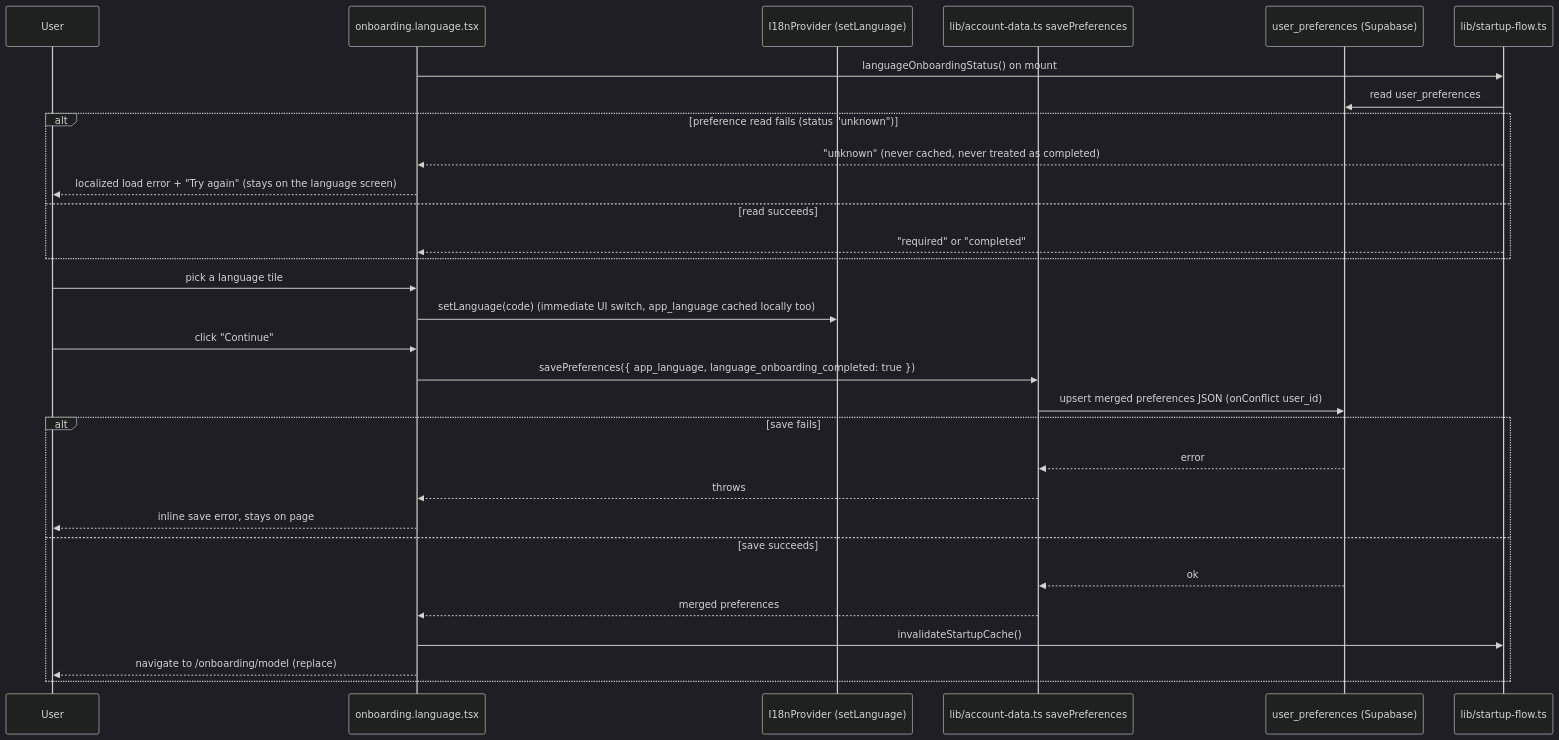
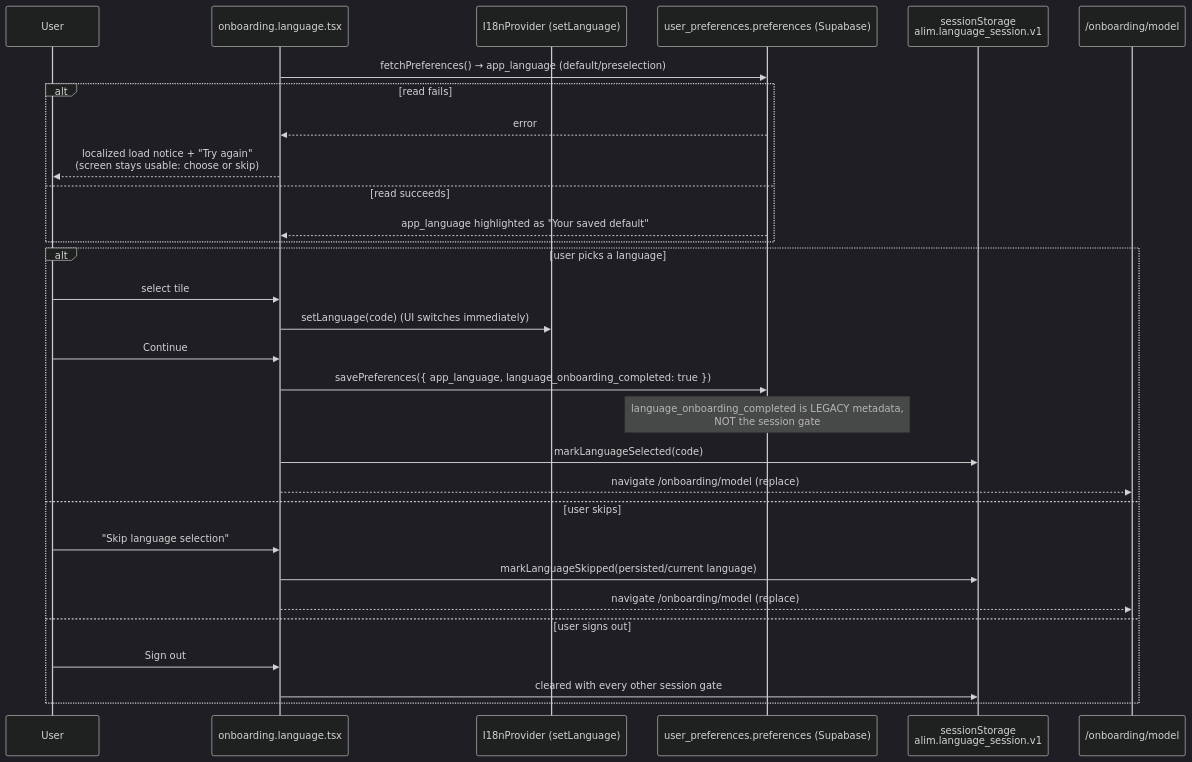
One commit to keyshavmor/study-swiss-star changed the diagram in docs/sequences/LANGUAGE_ONBOARDING.mmd. Above: the diagram before and after it, drawn with Mermaid (dark theme). The commit also changed 73 other files, not shown here.

```diff
--- a/docs/sequences/LANGUAGE_ONBOARDING.mmd
+++ b/docs/sequences/LANGUAGE_ONBOARDING.mmd
@@ -1,35 +1,36 @@
-%% Status: CURRENT FRONTEND + CURRENT SUPABASE
+%% Status: CURRENT FRONTEND + CURRENT SUPABASE (2026-09-17)
+%% The language screen is a PER-SESSION decision, not a once-only onboarding.
 %% Source: frontend/src/routes/_authenticated/onboarding.language.tsx,
-%% frontend/src/lib/account-data.ts, frontend/src/lib/startup-flow.ts
+%% frontend/src/lib/language-session.ts, frontend/src/lib/account-data.ts
 sequenceDiagram
     participant User
     participant Page as onboarding.language.tsx
     participant I18n as I18nProvider (setLanguage)
-    participant Save as lib/account-data.ts savePreferences
-    participant DB as user_preferences (Supabase)
-    participant Flow as lib/startup-flow.ts
+    participant DB as user_preferences.preferences (Supabase)
+    participant LangS as sessionStorage<br/>alim.language_session.v1
+    participant Model as /onboarding/model
 
-    Page->>Flow: languageOnboardingStatus() on mount
-    Flow->>DB: read user_preferences
-    alt preference read fails (status "unknown")
-        Flow-->>Page: "unknown" (never cached, never treated as completed)
-        Page-->>User: localized load error + "Try again" (stays on the language screen)
+    Page->>DB: fetchPreferences() → app_language (default/preselection)
+    alt read fails
+        DB-->>Page: error
+        Page-->>User: localized load notice + "Try again"<br/>(screen stays usable: choose or skip)
     else read succeeds
-        Flow-->>Page: "required" or "completed"
+        DB-->>Page: app_language highlighted as "Your saved default"
     end
 
-    User->>Page: pick a language tile
-    Page->>I18n: setLanguage(code) (immediate UI switch, app_language cached locally too)
-    User->>Page: click "Continue"
-    Page->>Save: savePreferences({ app_language, language_onboarding_completed: true })
-    Save->>DB: upsert merged preferences JSON (onConflict user_id)
-    alt save fails
-        DB-->>Save: error
-        Save-->>Page: throws
-        Page-->>User: inline save error, stays on page
-    else save succeeds
-        DB-->>Save: ok
-        Save-->>Page: merged preferences
-        Page->>Flow: invalidateStartupCache()
-        Page-->>User: navigate to /onboarding/model (replace)
+    alt user picks a language
+        User->>Page: select tile
+        Page->>I18n: setLanguage(code) (UI switches immediately)
+        User->>Page: Continue
+        Page->>DB: savePreferences({ app_language, language_onboarding_completed: true })
+        Note over DB: language_onboarding_completed is LEGACY metadata,<br/>NOT the session gate
+        Page->>LangS: markLanguageSelected(code)
+        Page-->>Model: navigate /onboarding/model (replace)
+    else user skips
+        User->>Page: "Skip language selection"
+        Page->>LangS: markLanguageSkipped(persisted/current language)
+        Page-->>Model: navigate /onboarding/model (replace)
+    else user signs out
+        User->>Page: Sign out
+        Page->>LangS: cleared with every other session gate
     end
```
